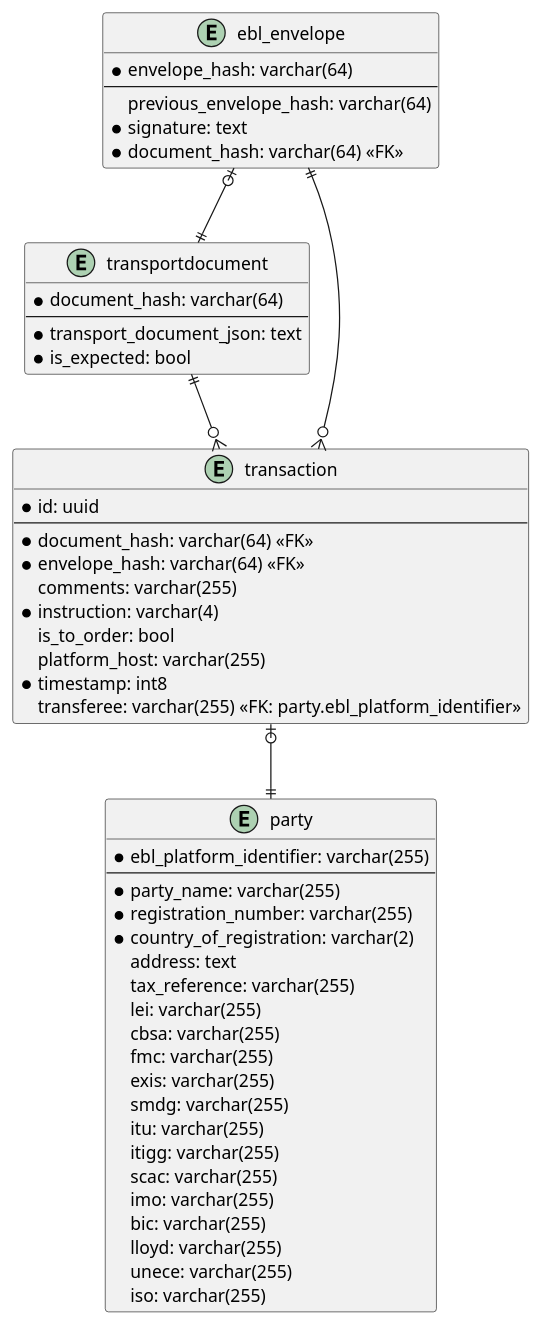
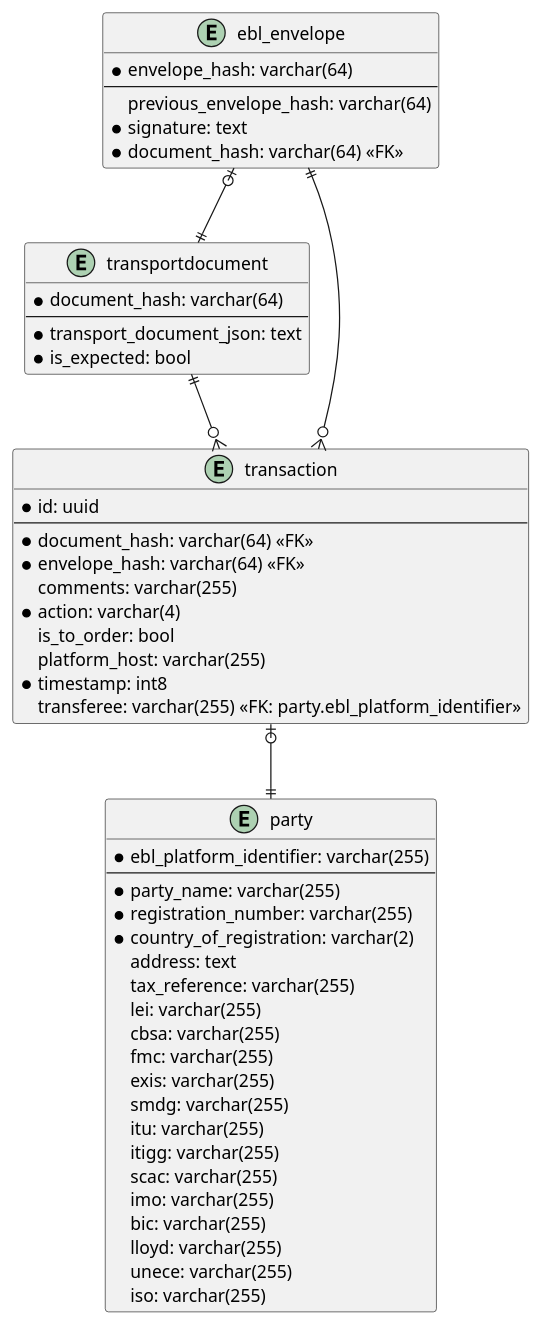
Before and after one commit to dcsaorg/DCSA-EBL-Envelope: the diagram in specifications/plantuml/datamodel.puml, drawn with PlantUML. The commit also changed 2 other files, not shown here.

Commit message:
Rename `instruction` to `action`

```diff
--- a/specifications/plantuml/datamodel.puml
+++ b/specifications/plantuml/datamodel.puml
@@ -1,58 +1,58 @@
 @startuml
   entity transportdocument {
     *document_hash: varchar(64)
     --
     *transport_document_json: text
     *is_expected: bool
   }
 
   entity ebl_envelope {
     *envelope_hash: varchar(64)
     --
     previous_envelope_hash: varchar(64)
     *signature: text
     *document_hash: varchar(64) <<FK>>
   }
 
   entity transaction {
     *id: uuid
     --
     *document_hash: varchar(64) <<FK>>
     *envelope_hash: varchar(64) <<FK>>
     comments: varchar(255)
-    *instruction: varchar(4)
+    *action: varchar(4)
     is_to_order: bool
     platform_host: varchar(255)
     *timestamp: int8
     transferee: varchar(255) <<FK: party.ebl_platform_identifier>>
   }
 
   entity party {
     *ebl_platform_identifier: varchar(255)
     --
     *party_name: varchar(255)
     *registration_number: varchar(255)
     *country_of_registration: varchar(2)
     address: text
     tax_reference: varchar(255)
     lei: varchar(255)
     cbsa: varchar(255)
     fmc: varchar(255)
     exis: varchar(255)
     smdg: varchar(255)
     itu: varchar(255)
     itigg: varchar(255)
     scac: varchar(255)
     imo: varchar(255)
     bic: varchar(255)
     lloyd: varchar(255)
     unece: varchar(255)
     iso: varchar(255)
   }
 
   ' relations
   ebl_envelope ||--o{ transaction
   ebl_envelope |o--|| transportdocument
   transportdocument ||--o{ transaction
   transaction |o--|| party
 @enduml
```
